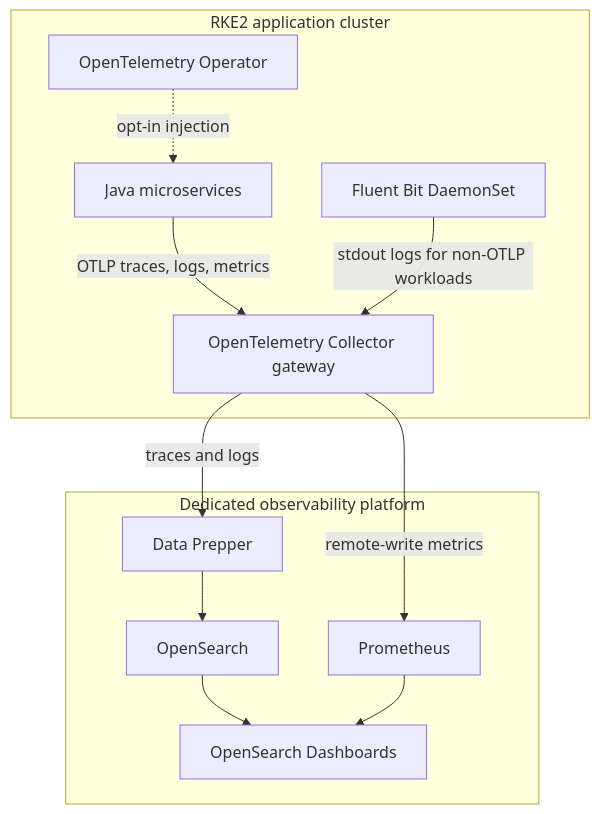
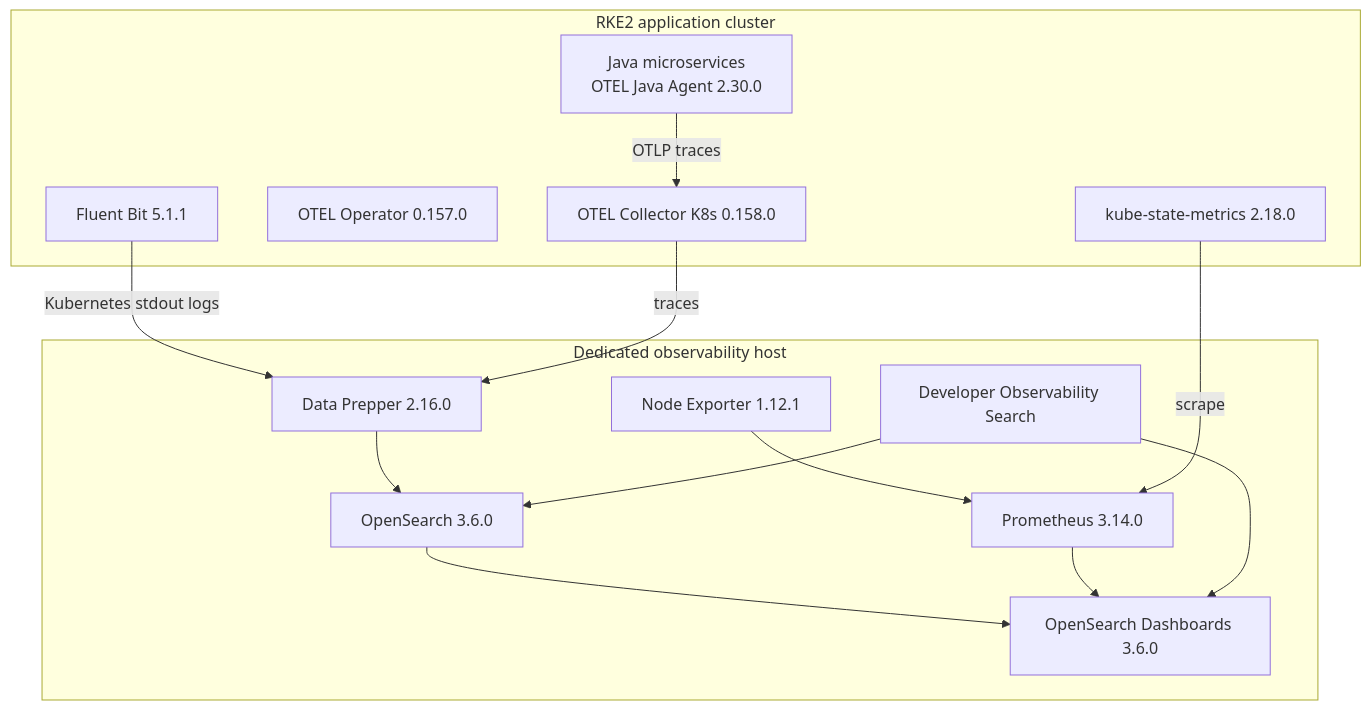
Before and after one commit to natnaela-devops/devops-monitoring-stack: the diagram in README.md, drawn with Mermaid. The commit also changed other lines of this file, not shown here.

````diff
--- a/README.md
+++ b/README.md
@@ -24,27 +27,31 @@
 ```mermaid
 flowchart TB
     subgraph RKE2["RKE2 application cluster"]
-        Apps["Java microservices"]
-        FB["Fluent Bit DaemonSet"]
-        Operator["OpenTelemetry Operator"]
-        Collector["OpenTelemetry Collector gateway"]
-
-        Operator -. "opt-in injection" .-> Apps
-        Apps -->|"OTLP traces, logs, metrics"| Collector
-        FB -->|"stdout logs for non-OTLP workloads"| Collector
+        Apps["Java microservices\nOTEL Java Agent 2.30.0"]
+        FB["Fluent Bit 5.1.1"]
+        Operator["OTEL Operator 0.157.0"]
+        Collector["OTEL Collector K8s 0.158.0"]
+        KSM["kube-state-metrics 2.18.0"]
     end
 
-    subgraph OBS["Dedicated observability platform"]
-        DP["Data Prepper"]
-        Prom["Prometheus"]
-        OS["OpenSearch"]
-        UI["OpenSearch Dashboards"]
+    subgraph OBS["Dedicated observability host"]
+        DP["Data Prepper 2.16.0"]
+        Prom["Prometheus 3.14.0"]
+        Node["Node Exporter 1.12.1"]
+        OS["OpenSearch 3.6.0"]
+        UI["OpenSearch Dashboards 3.6.0"]
+        DevSearch["Developer Observability Search"]
 
         DP --> OS
         OS --> UI
         Prom --> UI
+        Node --> Prom
+        DevSearch --> OS
+        DevSearch --> UI
     end
 
-    Collector -->|"traces and logs"| DP
-    Collector -->|"remote-write metrics"| Prom
+    Apps -->|"OTLP traces"| Collector
+    FB -->|"Kubernetes stdout logs"| DP
+    Collector -->|"traces"| DP
+    KSM -->|"scrape"| Prom
 ```
````
